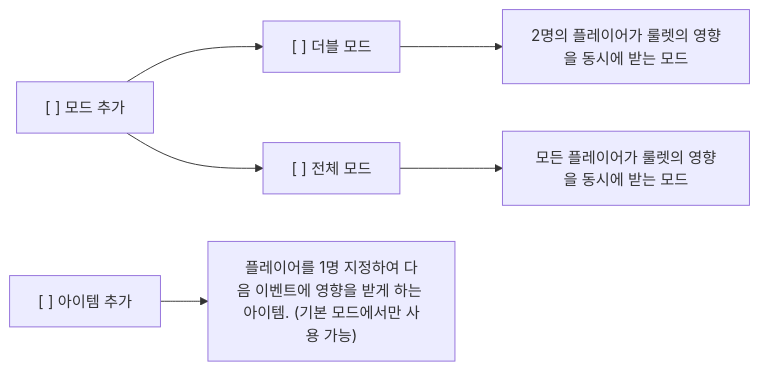
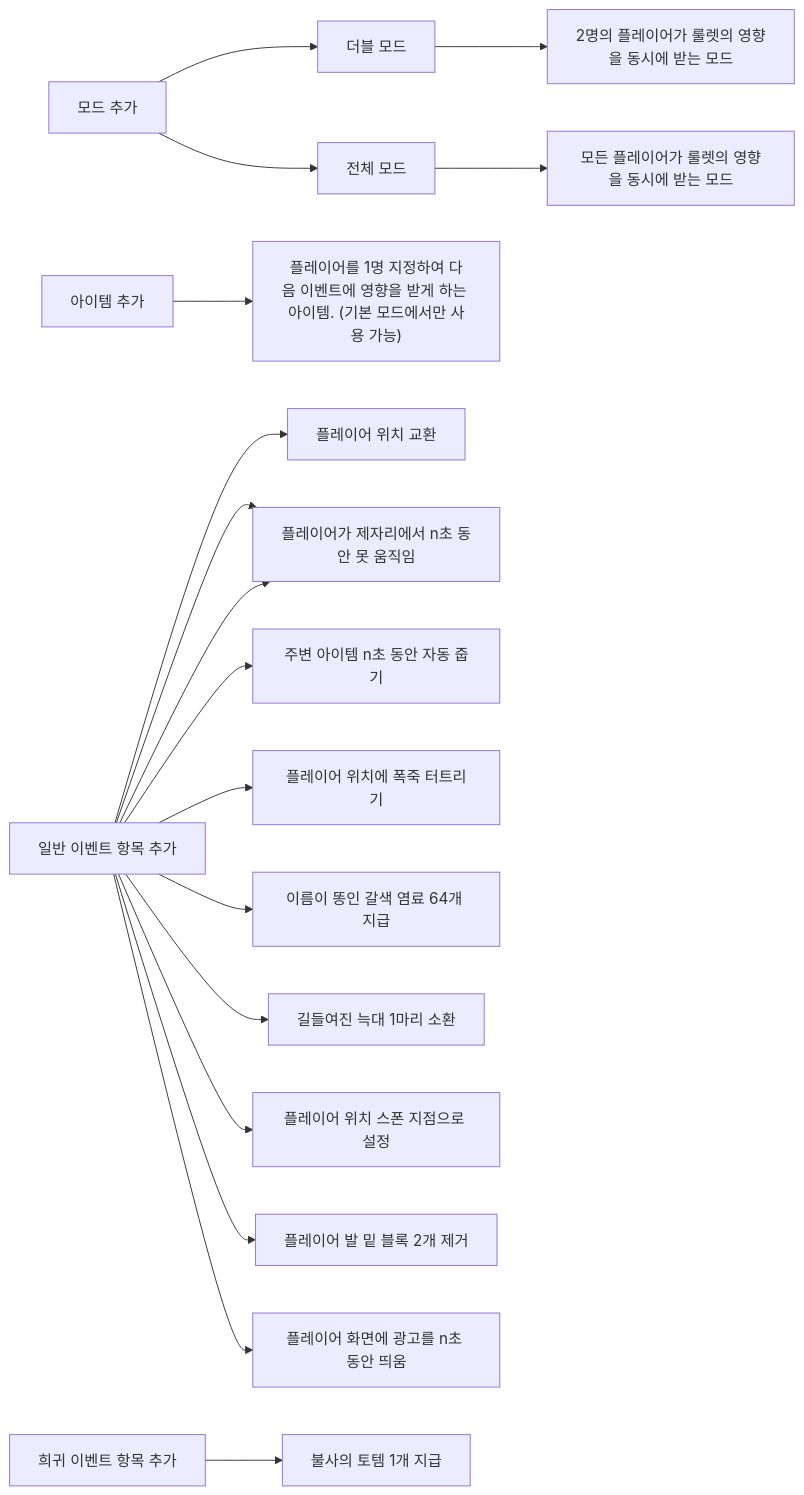
One commit to mc-playground/random-events-survival changed the diagram in README.md. Above: the diagram before and after it, drawn with Mermaid.

Commit message:
feat: README.md 수정

````diff
--- a/README.md
+++ b/README.md
@@ -38,6 +38,20 @@
 ```mermaid
 graph LR
-Step1["[ ] 모드 추가"] --> DoubleMode["[ ] 더블 모드"] --> DoubleModeDesc["2명의 플레이어가 룰렛의 영향을 동시에 받는 모드"]
-Step1 --> AllMode["[ ] 전체 모드"] --> AllModeDesc["모든 플레이어가 룰렛의 영향을 동시에 받는 모드"]
-Step2["[ ] 아이템 추가"] --> PickerPaper["플레이어를 1명 지정하여 다음 이벤트에 영향을 받게 하는 아이템. (기본 모드에서만 사용 가능)"]
+Step1["모드 추가"] --> DoubleMode["더블 모드"] --> DoubleModeDesc["2명의 플레이어가 룰렛의 영향을 동시에 받는 모드"]
+Step1 --> AllMode["전체 모드"] --> AllModeDesc["모든 플레이어가 룰렛의 영향을 동시에 받는 모드"]
+
+Step2["아이템 추가"] --> PickerStick["플레이어를 1명 지정하여 다음 이벤트에 영향을 받게 하는 아이템. (기본 모드에서만 사용 가능)"]
+
+Step3["일반 이벤트 항목 추가"] --> A1["플레이어 위치 교환"]
+Step3 --> A2["플레이어 위치에 랜덤 몹 1개 소환"]
+Step3 --> A2["플레이어가 제자리에서 n초 동안 못 움직임"]
+Step3 --> A3["주변 아이템 n초 동안 자동 줍기"]
+Step3 --> A4["플레이어 위치에 폭죽 터트리기"]
+Step3 --> A5["이름이 똥인 갈색 염료 64개 지급"]
+Step3 --> A6["길들여진 늑대 1마리 소환"]
+Step3 --> A7["플레이어 위치 스폰 지점으로 설정"]
+Step3 --> A8["플레이어 발 밑 블록 2개 제거"]
+Step3 --> A9["플레이어 화면에 광고를 n초 동안 띄움"]
+
+Step4["희귀 이벤트 항목 추가"] --> B2["불사의 토템 1개 지급"]
 ```
````
